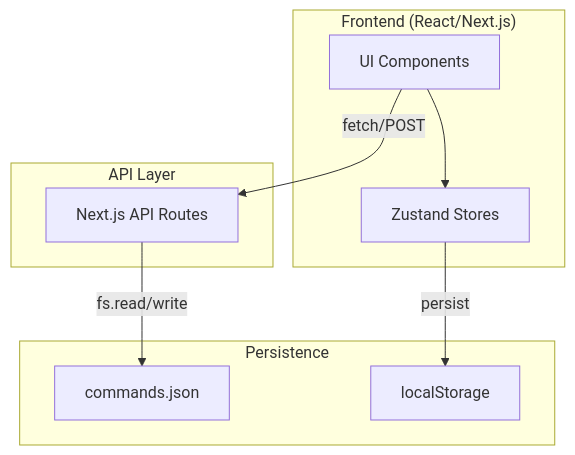
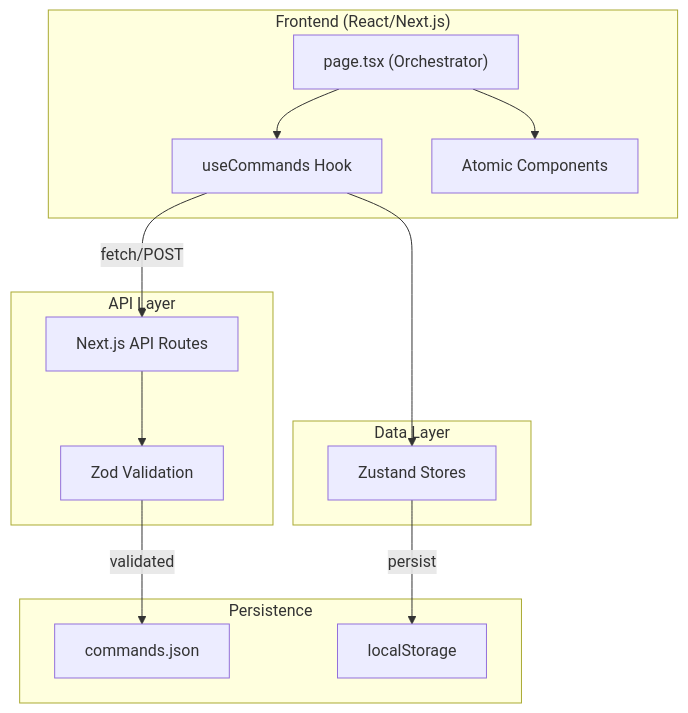
The first of 2 diagrams in docs/ARCHITECTURE.md (pedropablo-dev/aia-dev-caddy), drawn with Mermaid before and after one commit. The commit also changed other lines of this file and 4 other files, not shown here.

Commit message:
docs: sync architecture, bible and roadmap with v0.2.0 reality

````diff
--- a/docs/ARCHITECTURE.md
+++ b/docs/ARCHITECTURE.md
@@ -11,21 +15,30 @@
 ```mermaid
 graph TB
     subgraph "Frontend (React/Next.js)"
-        UI["UI Components"]
+        Page["page.tsx (Orchestrator)"]
+        Hook["useCommands Hook"]
+        Components["Atomic Components"]
+        Page --> Hook
+        Page --> Components
+    end
+    
+    subgraph "Data Layer"
         Zustand["Zustand Stores"]
-        UI --> Zustand
+        Hook --> Zustand
     end
     
     subgraph "API Layer"
         API["Next.js API Routes"]
+        Zod["Zod Validation"]
+        API --> Zod
     end
     
     subgraph "Persistence"
         JSON["commands.json"]
         LS["localStorage"]
     end
     
-    UI -->|"fetch/POST"| API
-    API -->|"fs.read/write"| JSON
+    Hook -->|"fetch/POST"| API
+    Zod -->|"validated"| JSON
     Zustand -->|"persist"| LS
 ```
````
